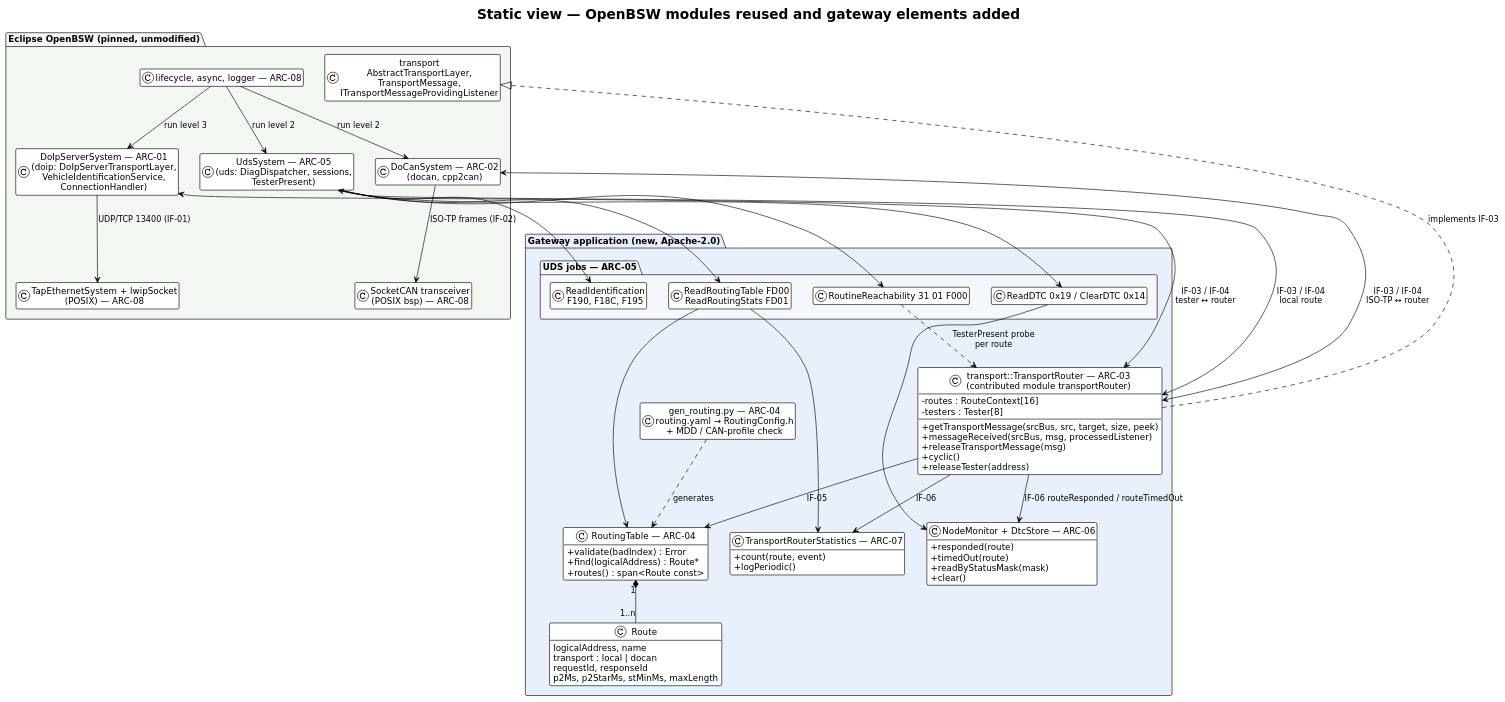
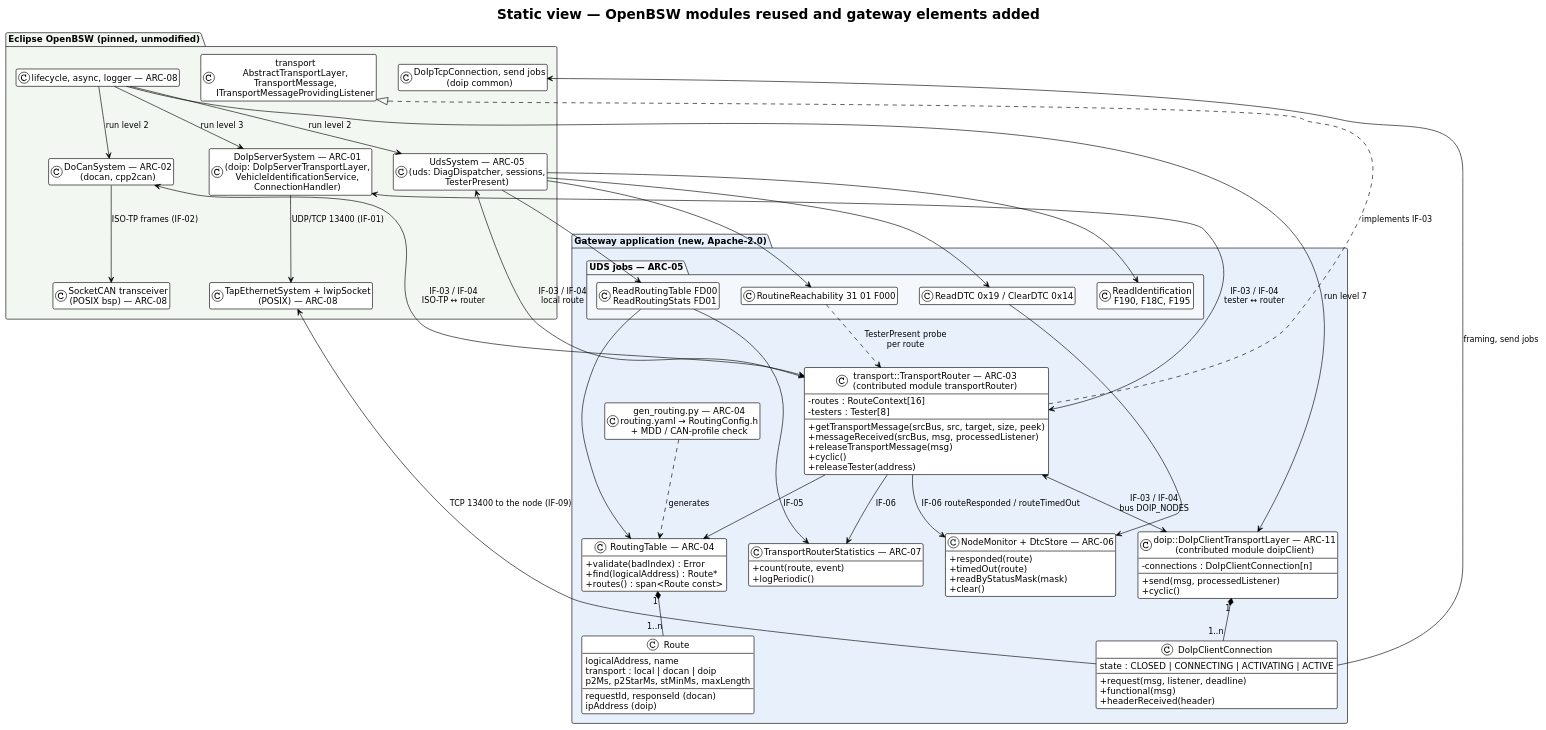
Before and after one commit to Eclipse-SDV-Hackathon-Chapter-Four/Thinking_CAPs: the diagram in OpenBSW/aspice/swe2-architecture/diagrams/components.puml, drawn with PlantUML. The commit also changed 118 other files, not shown here.

```diff
--- a/OpenBSW/aspice/swe2-architecture/diagrams/components.puml
+++ b/OpenBSW/aspice/swe2-architecture/diagrams/components.puml
@@ -1,82 +1,100 @@
 @startuml components
 !theme plain
 skinparam defaultFontName "DejaVu Sans"
 skinparam shadowing false
 title Static view — OpenBSW modules reused and gateway elements added
 skinparam classAttributeIconSize 0
 set separator none
 hide empty members
 
 package "Gateway application (new, Apache-2.0)" #E8F1FB {
   class "transport::TransportRouter — ARC-03\n(contributed module transportRouter)" as Router {
     +getTransportMessage(srcBus, src, target, size, peek)
     +messageReceived(srcBus, msg, processedListener)
     +releaseTransportMessage(msg)
     -routes : RouteContext[16]
     -testers : Tester[8]
     +cyclic()
     +releaseTester(address)
   }
   class "RoutingTable — ARC-04" as Table {
     +validate(badIndex) : Error
     +find(logicalAddress) : Route*
     +routes() : span<Route const>
   }
   class "Route" as Route {
     logicalAddress, name
-    transport : local | docan
-    requestId, responseId
+    transport : local | docan | doip
+    requestId, responseId (docan)
+    ipAddress (doip)
     p2Ms, p2StarMs, stMinMs, maxLength
   }
   class "NodeMonitor + DtcStore — ARC-06" as Mon {
     +responded(route)
     +timedOut(route)
     +readByStatusMask(mask)
     +clear()
   }
   class "TransportRouterStatistics — ARC-07" as Stats {
     +count(route, event)
     +logPeriodic()
   }
   package "UDS jobs — ARC-05" #F4F8FC {
     class "ReadIdentification\nF190, F18C, F195" as J1
     class "ReadRoutingTable FD00\nReadRoutingStats FD01" as J2
     class "ReadDTC 0x19 / ClearDTC 0x14" as J3
     class "RoutineReachability 31 01 F000" as J4
   }
+  class "doip::DoIpClientTransportLayer — ARC-11\n(contributed module doipClient)" as Client {
+    +send(msg, processedListener)
+    +cyclic()
+    -connections : DoIpClientConnection[n]
+  }
+  class "DoIpClientConnection" as Conn {
+    state : CLOSED | CONNECTING | ACTIVATING | ACTIVE
+    +request(msg, listener, deadline)
+    +functional(msg)
+    +headerReceived(header)
+  }
   class "gen_routing.py — ARC-04\nrouting.yaml → RoutingConfig.h\n+ MDD / CAN-profile check" as Gen
 }
 
 package "Eclipse OpenBSW (pinned, unmodified)" #F2F7F2 {
   class "DoIpServerSystem — ARC-01\n(doip: DoIpServerTransportLayer,\nVehicleIdentificationService,\nConnectionHandler)" as DoIp
   class "DoCanSystem — ARC-02\n(docan, cpp2can)" as DoCan
   class "UdsSystem — ARC-05\n(uds: DiagDispatcher, sessions,\nTesterPresent)" as Uds
   class "transport\nAbstractTransportLayer,\nTransportMessage,\nITransportMessageProvidingListener" as Tp
   class "lifecycle, async, logger — ARC-08" as Life
+  class "DoIpTcpConnection, send jobs\n(doip common)" as DoIpCommon
   class "TapEthernetSystem + lwipSocket\n(POSIX) — ARC-08" as Eth
   class "SocketCAN transceiver\n(POSIX bsp) — ARC-08" as Can
 }
 
 Router ..|> Tp : implements IF-03
 Router --> Table : IF-05
 Table "1" *-- "1..n" Route
 Router <-up-> DoIp : IF-03 / IF-04\ntester ↔ router
 Router <-up-> DoCan : IF-03 / IF-04\nISO-TP ↔ router
 Router <-up-> Uds : IF-03 / IF-04\nlocal route
+Router <-down-> Client : IF-03 / IF-04\nbus DOIP_NODES
+Client "1" *-- "1..n" Conn
+Conn --> DoIpCommon : framing, send jobs
+Conn --> Eth : TCP 13400 to the node (IF-09)
 Router --> Mon : IF-06 routeResponded / routeTimedOut
 Router --> Stats : IF-06
 Uds --> J1
 Uds --> J2
 Uds --> J3
 Uds --> J4
 J2 --> Table
 J2 --> Stats
 J3 --> Mon
 J4 ..> Router : TesterPresent probe\nper route
 Gen ..> Table : generates
 DoIp --> Eth : UDP/TCP 13400 (IF-01)
 DoCan --> Can : ISO-TP frames (IF-02)
 Life --> DoIp : run level 3
 Life --> DoCan : run level 2
 Life --> Uds : run level 2
+Life --> Client : run level 7
 @enduml
```
